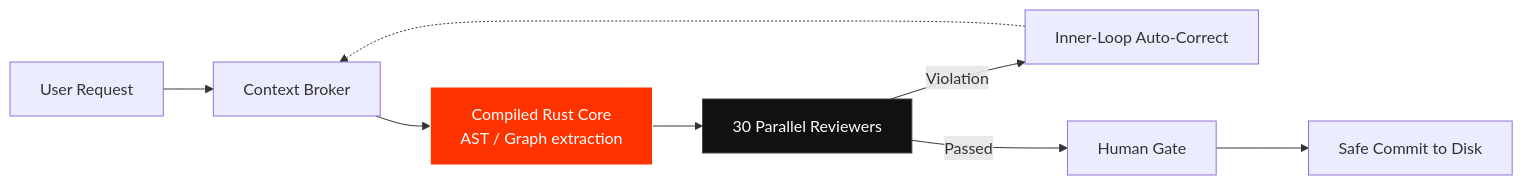
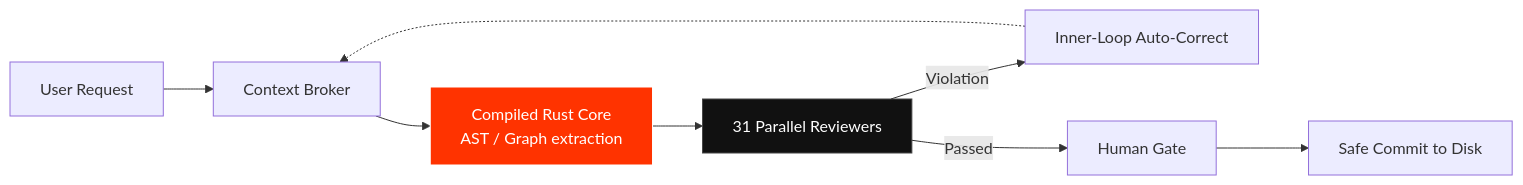
The diagram in README.md (Harmitx7/tribunal-kit), drawn with Mermaid before and after one commit. The commit also changed other lines of this file and 17 other files, not shown here.

````diff
--- a/README.md
+++ b/README.md
@@ -72,13 +72,13 @@
 ```mermaid
 graph LR
     A[User Request] --> B[Context Broker]
     B --> C[Compiled Rust Core<br/>AST / Graph extraction]
-    C --> D[30 Parallel Reviewers]
+    C --> D[31 Parallel Reviewers]
     D -->|Violation| E[Inner-Loop Auto-Correct]
     E -.-> B
     D -->|Passed| F[Human Gate]
     F --> G[Safe Commit to Disk]
 
     style C fill:#ff3300,stroke:#fff,stroke-width:1px,color:#fff
     style D fill:#111,stroke:#444,stroke-width:1px,color:#fff
 ```
````
